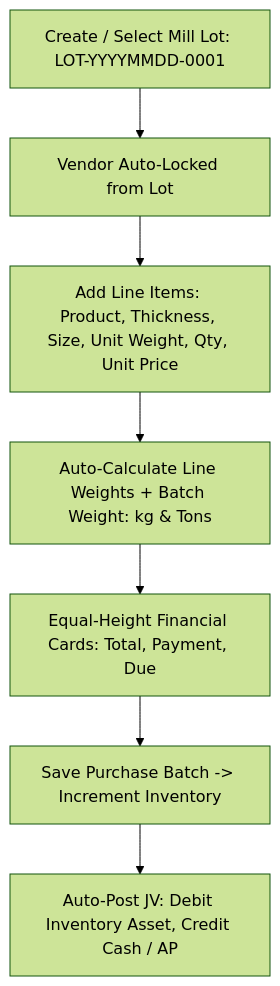
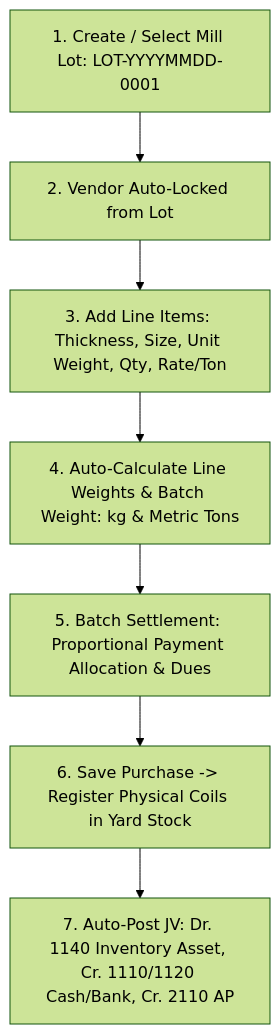
Before and after one commit to Inoodex/steel_inventory: the first of 2 diagrams in PROJECT_ANALYSIS.md, drawn with Mermaid (forest theme). The commit also changed other lines of this file and 22 other files, not shown here.

````diff
--- a/PROJECT_ANALYSIS.md
+++ b/PROJECT_ANALYSIS.md
@@ -243,9 +261,9 @@
 ```mermaid
 graph TD
-    Lot[Create / Select Mill Lot: LOT-YYYYMMDD-0001] --> Vendor[Vendor Auto-Locked from Lot]
-    Vendor --> Items[Add Line Items: Product, Thickness, Size, Unit Weight, Qty, Unit Price]
-    Items --> WeightCalc[Auto-Calculate Line Weights + Batch Weight: kg & Tons]
-    WeightCalc --> Finance[Equal-Height Financial Cards: Total, Payment, Due]
-    Finance --> Save[Save Purchase Batch -> Increment Inventory]
-    Save --> JV[Auto-Post JV: Debit Inventory Asset, Credit Cash / AP]
+    Lot[1. Create / Select Mill Lot: LOT-YYYYMMDD-0001] --> Vendor[2. Vendor Auto-Locked from Lot]
+    Vendor --> Items[3. Add Line Items: Thickness, Size, Unit Weight, Qty, Rate/Ton]
+    Items --> WeightCalc[4. Auto-Calculate Line Weights & Batch Weight: kg & Metric Tons]
+    WeightCalc --> Finance[5. Batch Settlement: Proportional Payment Allocation & Dues]
+    Finance --> Save[6. Save Purchase -> Register Physical Coils in Yard Stock]
+    Save --> JV[7. Auto-Post JV: Dr. 1140 Inventory Asset, Cr. 1110/1120 Cash/Bank, Cr. 2110 AP]
 ```
````
